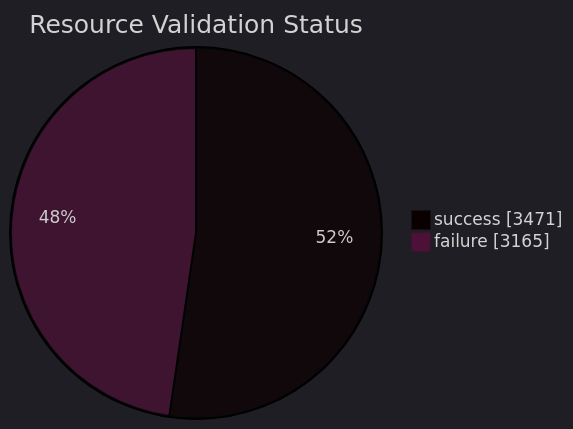
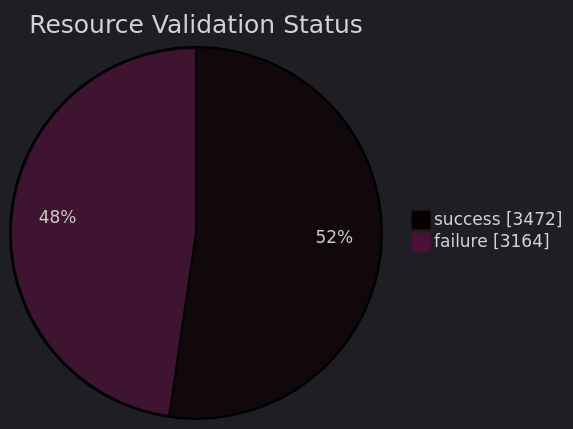
Before and after one commit to open-data/analytics-corporate-reporting: the diagram in datastore_tracker/resource_validation_status_pie_chart.md, drawn with Mermaid. The commit also changed 9 other files, not shown here.

````diff
--- a/datastore_tracker/resource_validation_status_pie_chart.md
+++ b/datastore_tracker/resource_validation_status_pie_chart.md
@@ -2,9 +2,9 @@
 ```mermaid
 ---
 config:
   theme: dark
 ---
 pie showData title Resource Validation Status
-    "success": 3471
-    "failure": 3165
+    "success": 3472
+    "failure": 3164
 ```
````
